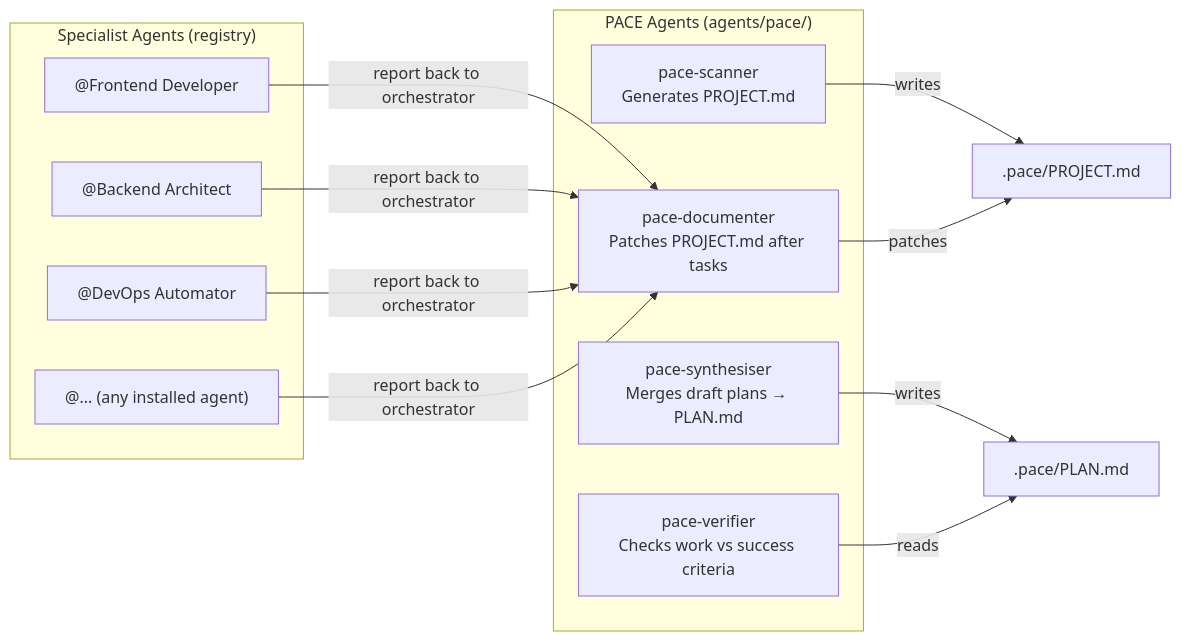
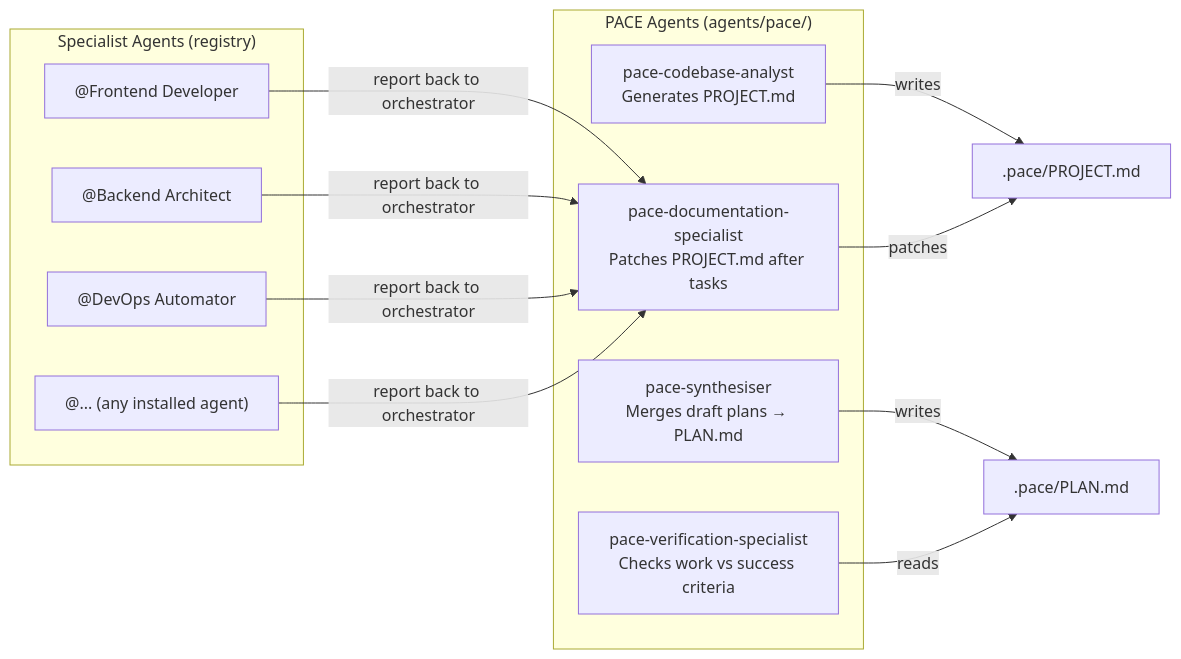
One commit to jwprichard/pace changed the second of 6 diagrams in docs/architecture.md. Above: the diagram before and after it, drawn with Mermaid. The commit also changed other lines of this file, not shown here.

Commit message:
Update docs/architecture.md to fix agent names and add missing command flows

````diff
--- a/docs/architecture.md
+++ b/docs/architecture.md
@@ -36,23 +45,23 @@
 ```mermaid
 flowchart LR
     subgraph pace-agents["PACE Agents (agents/pace/)"]
-        scanner["pace-scanner\nGenerates PROJECT.md"]
+        analyst["pace-codebase-analyst\nGenerates PROJECT.md"]
         synthesiser["pace-synthesiser\nMerges draft plans → PLAN.md"]
-        documenter["pace-documenter\nPatches PROJECT.md after tasks"]
-        verifier["pace-verifier\nChecks work vs success criteria"]
+        docspec["pace-documentation-specialist\nPatches PROJECT.md after tasks"]
+        verifier["pace-verification-specialist\nChecks work vs success criteria"]
     end
 
     subgraph specialists["Specialist Agents (registry)"]
         fe["@Frontend Developer"]
         be["@Backend Architect"]
         dv["@DevOps Automator"]
         etc["@... (any installed agent)"]
     end
 
-    scanner -->|writes| project[".pace/PROJECT.md"]
+    analyst -->|writes| project[".pace/PROJECT.md"]
     synthesiser -->|writes| plan[".pace/PLAN.md"]
-    documenter -->|patches| project
+    docspec -->|patches| project
     verifier -->|reads| plan
 
-    fe & be & dv & etc -->|report back to orchestrator| documenter
+    fe & be & dv & etc -->|report back to orchestrator| docspec
 ```
````
